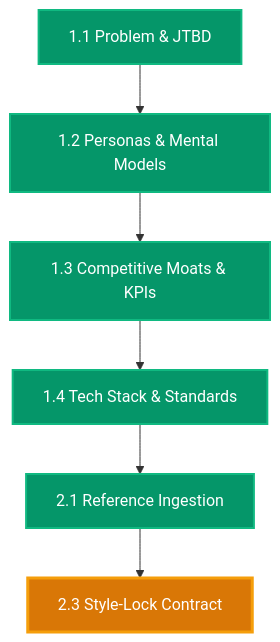
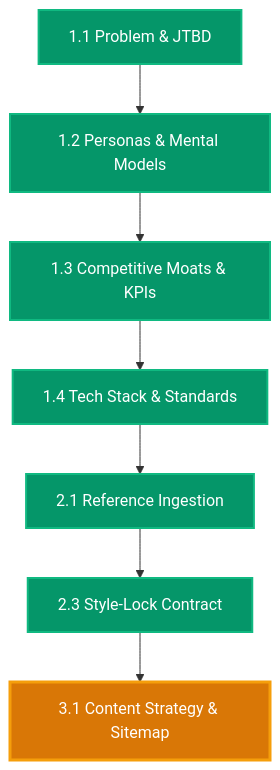
The diagram in RESUME.md (atinek-182/Vidya-Dham-Academy), drawn with Mermaid before and after one commit. The commit also changed other lines of this file and 3 other files, not shown here.

Commit message:
[GATE] Phase 2.3 Completed: Aesthetic Style-Lock Sealed and Wave 2 Gate Passed

````diff
--- a/RESUME.md
+++ b/RESUME.md
@@ -42,12 +41,13 @@
 ```mermaid
 graph TD
   P1_1["1.1 Problem & JTBD"]:::completed --> P1_2["1.2 Personas & Mental Models"]:::completed
   P1_2 --> P1_3["1.3 Competitive Moats & KPIs"]:::completed
   P1_3 --> P1_4["1.4 Tech Stack & Standards"]:::completed
   P1_4 --> P2_1["2.1 Reference Ingestion"]:::completed
-  P2_1 --> P2_3["2.3 Style-Lock Contract"]:::active
+  P2_1 --> P2_3["2.3 Style-Lock Contract"]:::completed
+  P2_3 --> P3_1["3.1 Content Strategy & Sitemap"]:::active
 
   classDef completed fill:#059669,stroke:#10b981,color:#ffffff,stroke-width:2px;
   classDef active fill:#d97706,stroke:#f59e0b,color:#ffffff,stroke-width:3px;
   classDef pending fill:#1f2937,stroke:#374151,color:#9ca3af,stroke-width:1px;
 ```
````
